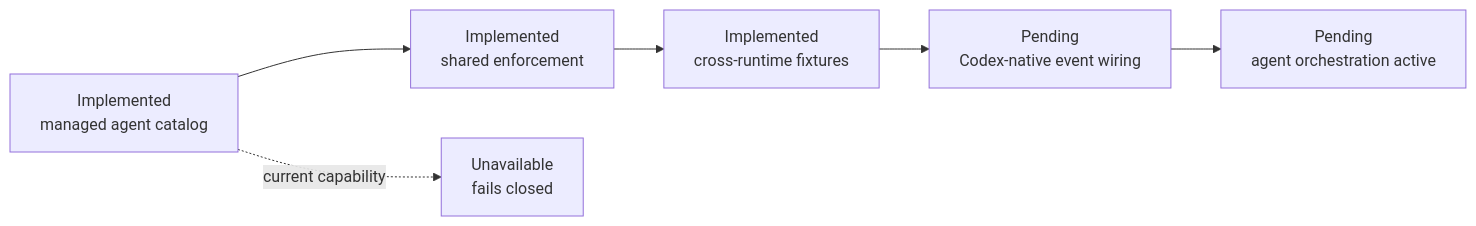
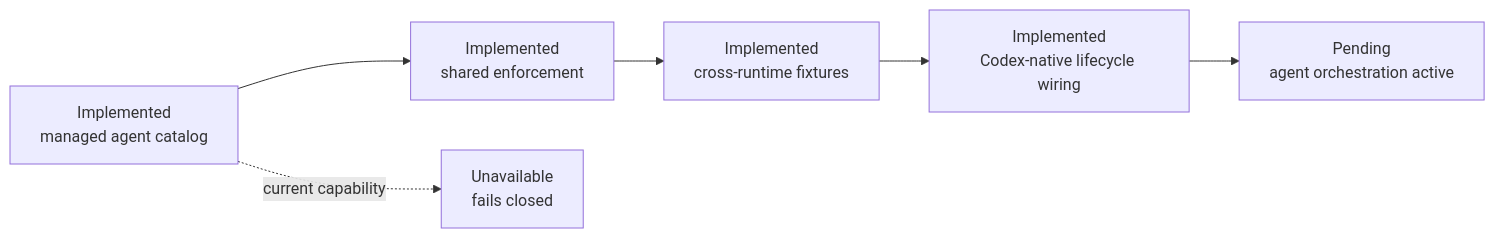
The diagram in adapters/codex/README.md (agentic-os-brasil/bcg-brasil-agentic-os), drawn with Mermaid before and after one commit. The commit also changed other lines of this file and 21 other files, not shown here.

Commit message:
fix: wire codex lifecycle hooks

````diff
--- a/adapters/codex/README.md
+++ b/adapters/codex/README.md
@@ -27,8 +26,8 @@
 ```mermaid
 flowchart LR
     Catalog["Implemented<br/>managed agent catalog"] --> Adapter["Implemented<br/>shared enforcement"]
     Adapter --> Fixtures["Implemented<br/>cross-runtime fixtures"]
-    Fixtures --> Wiring["Pending<br/>Codex-native event wiring"]
+    Fixtures --> Wiring["Implemented<br/>Codex-native lifecycle wiring"]
     Wiring --> Active["Pending<br/>agent orchestration active"]
     Catalog -.->|current capability| Unavailable["Unavailable<br/>fails closed"]
 ```
````
